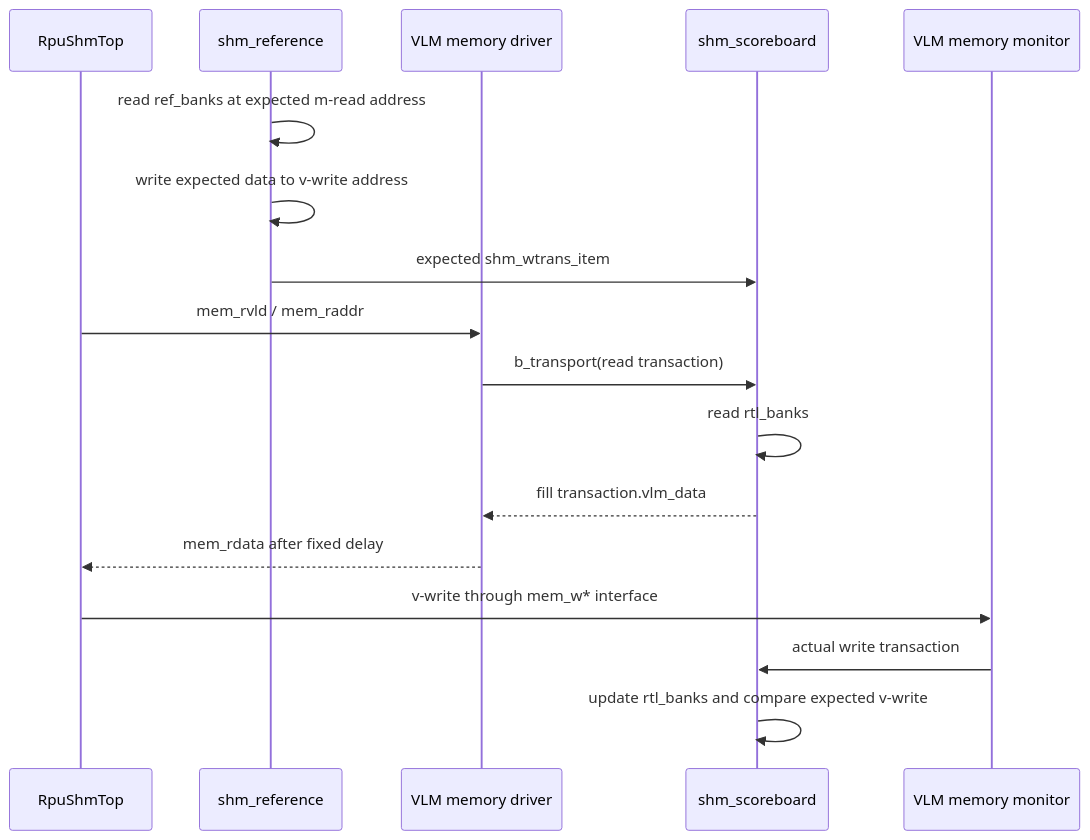
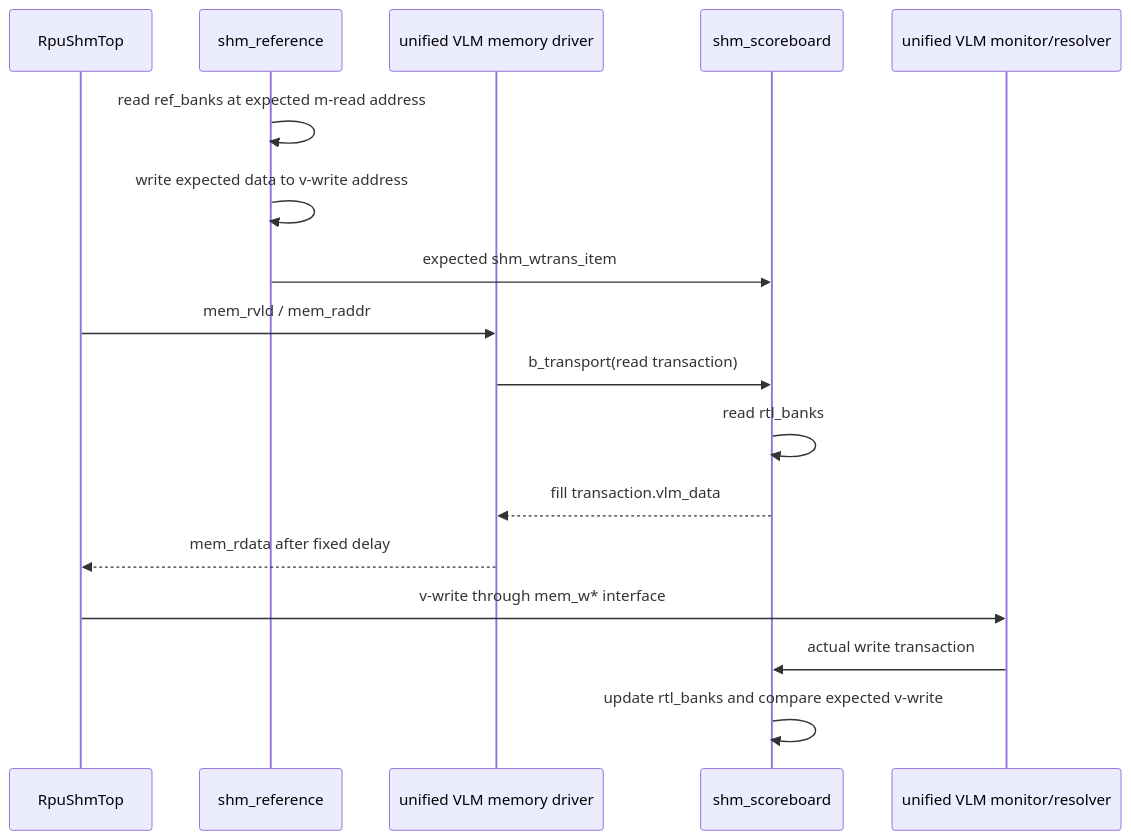
The second of 2 diagrams in docs/ut_shm/environment/data-flow-and-models.md (euphgh/sharemem), drawn with Mermaid before and after one commit. The commit also changed other lines of this file and 25 other files, not shown here.

````diff
--- a/docs/ut_shm/environment/data-flow-and-models.md
+++ b/docs/ut_shm/environment/data-flow-and-models.md
@@ -126,20 +137,20 @@
 ```mermaid
 sequenceDiagram
   participant DUT as RpuShmTop
   participant R as shm_reference
-  participant RD as VLM memory driver
+  participant RD as unified VLM memory driver
   participant S as shm_scoreboard
-  participant WM as VLM memory monitor
+  participant WM as unified VLM monitor/resolver
 
   R->>R: read ref_banks at expected m-read address
   R->>R: write expected data to v-write address
   R->>S: expected shm_wtrans_item
   DUT->>RD: mem_rvld / mem_raddr
   RD->>S: b_transport(read transaction)
   S->>S: read rtl_banks
   S-->>RD: fill transaction.vlm_data
   RD-->>DUT: mem_rdata after fixed delay
   DUT->>WM: v-write through mem_w* interface
   WM->>S: actual write transaction
   S->>S: update rtl_banks and compare expected v-write
 ```
````
